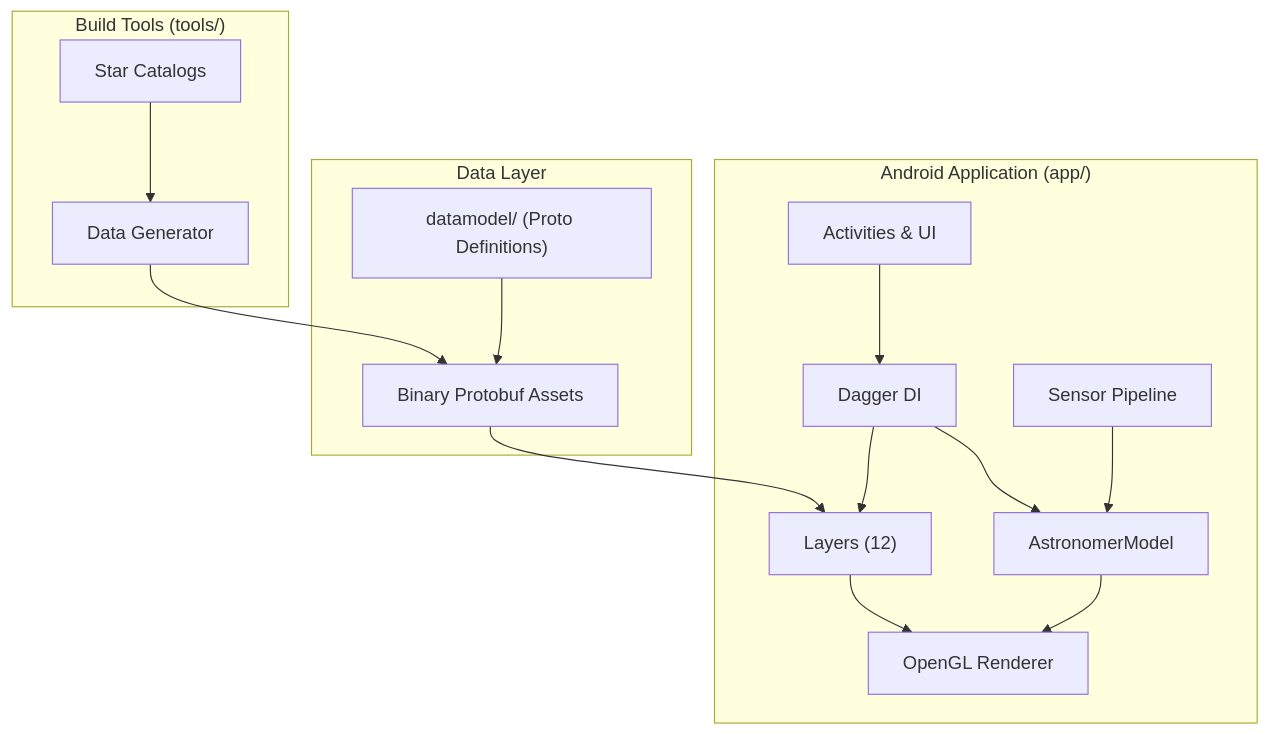
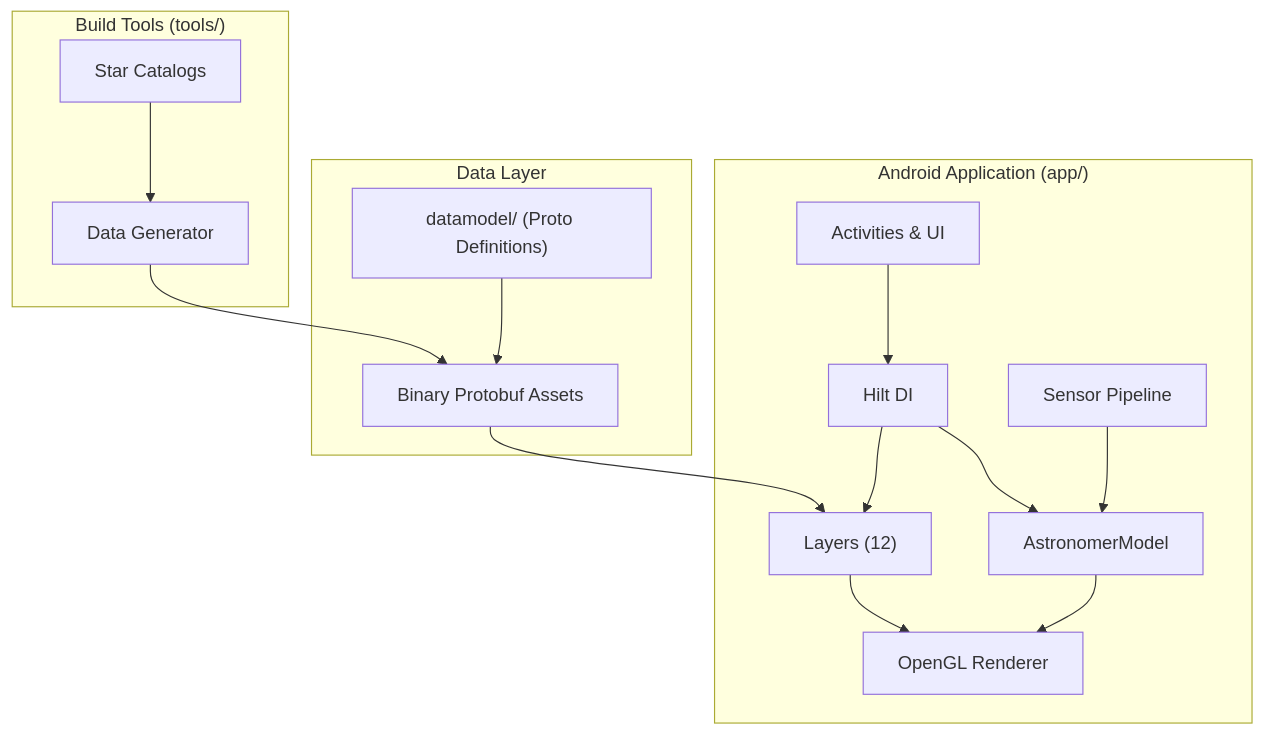
The diagram in docs/ARCHITECTURE.md (sky-map-team/stardroid), drawn with Mermaid before and after one commit. The commit also changed other lines of this file and 75 other files, not shown here.

First line of the commit message:
Port of dagger to hilt (#786)

````diff
--- a/docs/ARCHITECTURE.md
+++ b/docs/ARCHITECTURE.md
@@ -9,32 +9,32 @@
 ```mermaid
 graph TB
     subgraph Android["Android Application (app/)"]
         UI["Activities & UI"]
-        DI["Dagger DI"]
+        DI["Hilt DI"]
         Sensors["Sensor Pipeline"]
         Control["AstronomerModel"]
         Layers["Layers (12)"]
         Renderer["OpenGL Renderer"]
     end
 
     subgraph Data["Data Layer"]
         Proto["Binary Protobuf Assets"]
         DataModel["datamodel/ (Proto Definitions)"]
     end
 
     subgraph Tools["Build Tools (tools/)"]
         Catalogs["Star Catalogs"]
         Generator["Data Generator"]
     end
 
     Sensors --> Control
     Control --> Renderer
     Layers --> Renderer
     Proto --> Layers
     DataModel --> Proto
     Catalogs --> Generator
     Generator --> Proto
     UI --> DI
     DI --> Control
     DI --> Layers
 ```
````
